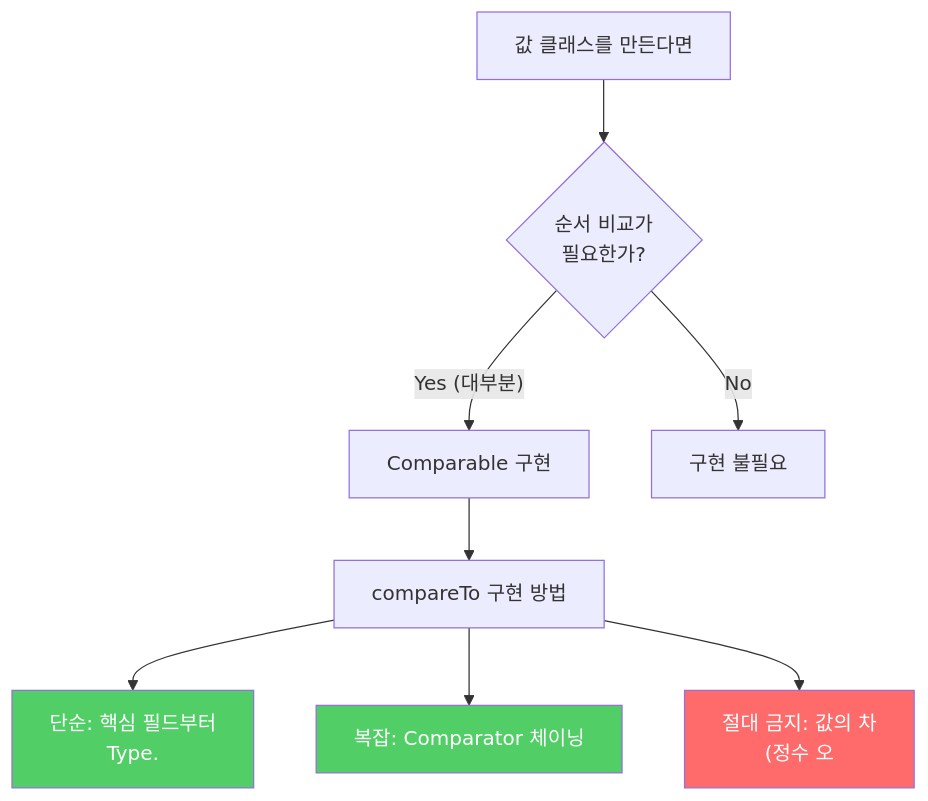
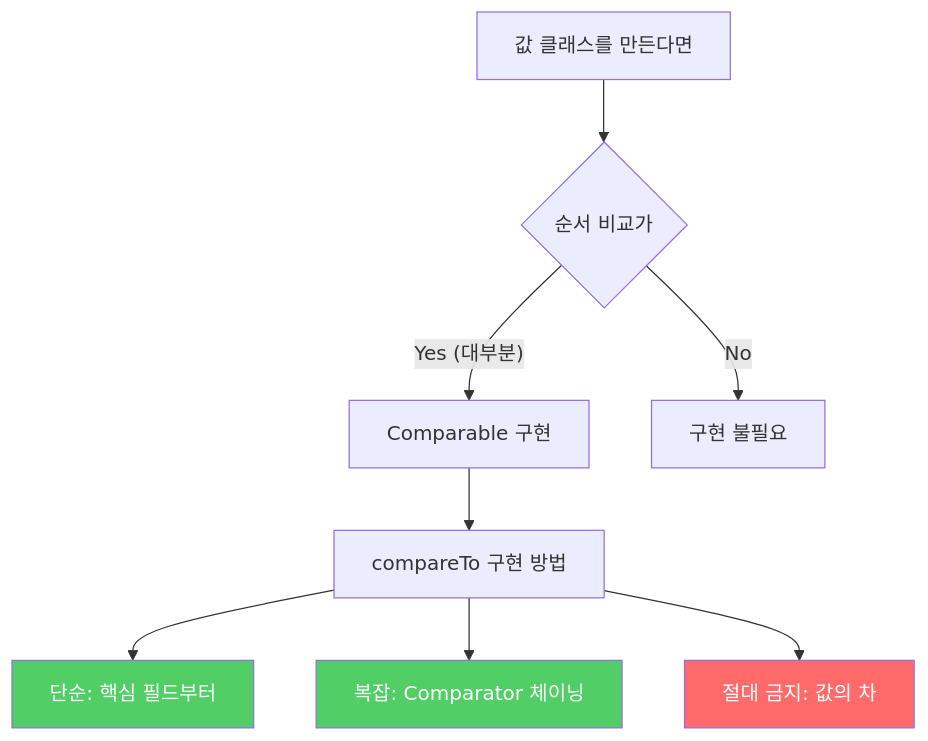
Before and after one commit to yjkim2015/yjkim2015.github.io: the second of 2 diagrams in _posts/java/2021-12-28-effective-java14.md, drawn with Mermaid. The commit also changed other lines of this file and 217 other files, not shown here.

First line of the commit message:
Mermaid 크기 수정: useMaxWidth:true + SVG max-width:100% + 라벨 축소

````diff
--- a/_posts/java/2021-12-28-effective-java14.md
+++ b/_posts/java/2021-12-28-effective-java14.md
@@ -199,13 +199,13 @@
 ```mermaid
 graph TD
-    A["값 클래스를 만든다면"] --> B{"순서 비교가\n필요한가?"}
+    A["값 클래스를 만든다면"] --> B{"순서 비교가"}
     B -->|"Yes (대부분)"| C["Comparable 구현"]
     B -->|"No"| D["구현 불필요"]
     C --> E["compareTo 구현 방법"]
-    E --> F["단순: 핵심 필드부터\nType."]
+    E --> F["단순: 핵심 필드부터"]
     E --> G["복잡: Comparator 체이닝"]
-    E --> H["절대 금지: 값의 차\n(정수 오"]
+    E --> H["절대 금지: 값의 차"]
     style F fill:#51cf66,color:#fff
     style G fill:#51cf66,color:#fff
     style H fill:#ff6b6b,color:#fff
 ```
````
